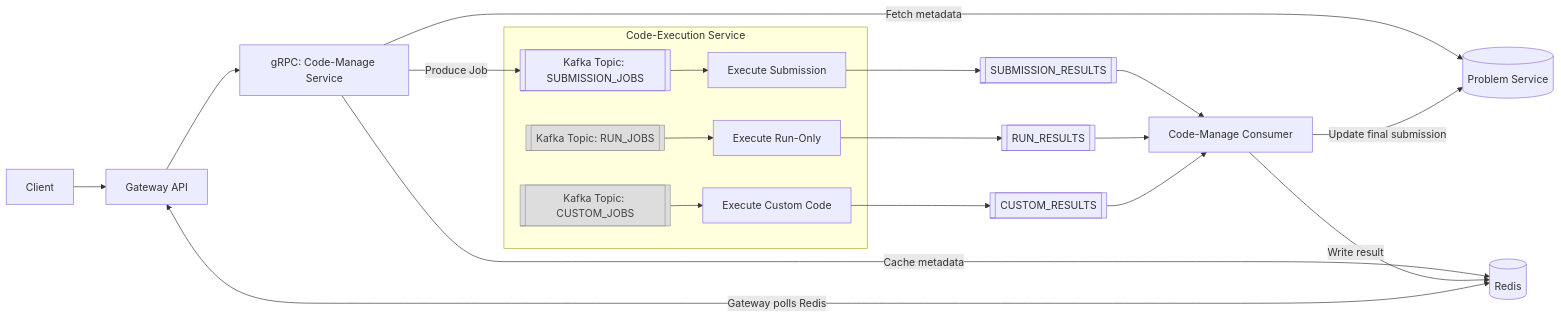
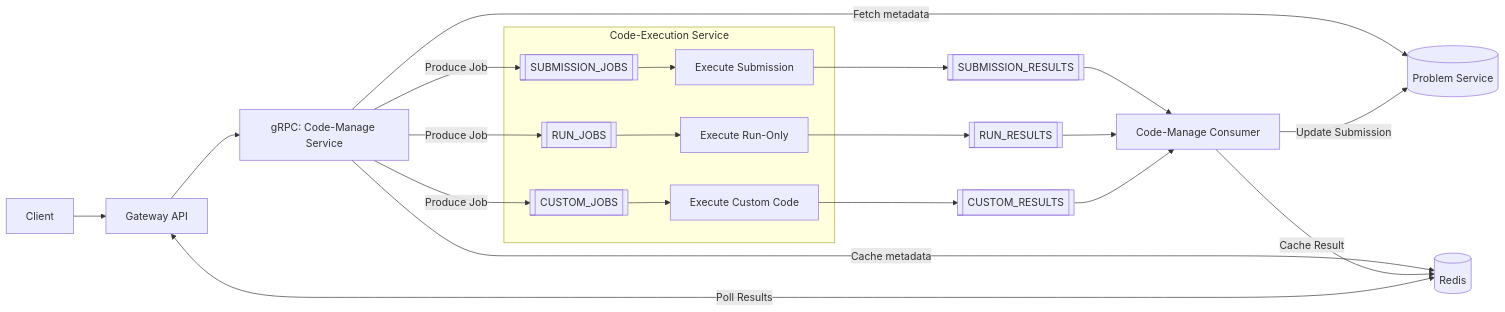
One commit to akashca-pro/codex-code-manage-service changed the first of 3 diagrams in README.md. Above: the diagram before and after it, drawn with Mermaid. The commit also changed other lines of this file, not shown here.

````diff
--- a/README.md
+++ b/README.md
@@ -72,33 +77,31 @@
 ```mermaid
 flowchart LR
     A[Client] --> B[Gateway API]
     B --> C[gRPC: Code-Manage Service]
 
     C -->|Fetch metadata| D[(Problem Service)]
     C -->|Cache metadata| E[(Redis)]
 
-    C -->|Produce Job| F[[Kafka Topic: SUBMISSION_JOBS]]
-    J[[Kafka Topic: RUN_JOBS]]:::gray
-    K[[Kafka Topic: CUSTOM_JOBS]]:::gray
+    C -->|Produce Job| F[[SUBMISSION_JOBS]]
+    C -->|Produce Job| J[[RUN_JOBS]]
+    C -->|Produce Job| K[[CUSTOM_JOBS]]
 
     subgraph CES[Code-Execution Service]
         F --> G[Execute Submission]
         J --> H[Execute Run-Only]
         K --> I[Execute Custom Code]
     end
 
     G --> F2[[SUBMISSION_RESULTS]]
     H --> J2[[RUN_RESULTS]]
     I --> K2[[CUSTOM_RESULTS]]
 
     F2 --> L[Code-Manage Consumer]
     J2 --> L
     K2 --> L
 
-    L -->|Write result| E[(Redis)]
-    L -->|Update final submission| D[(Problem Service)]
+    L -->|Cache Result| E
+    L -->|Update Submission| D
 
-    B <-->|Gateway polls Redis| E
-
-classDef gray fill:#ddd,stroke:#999,color:#444;
+    B <-->|Poll Results| E
 ```
````
